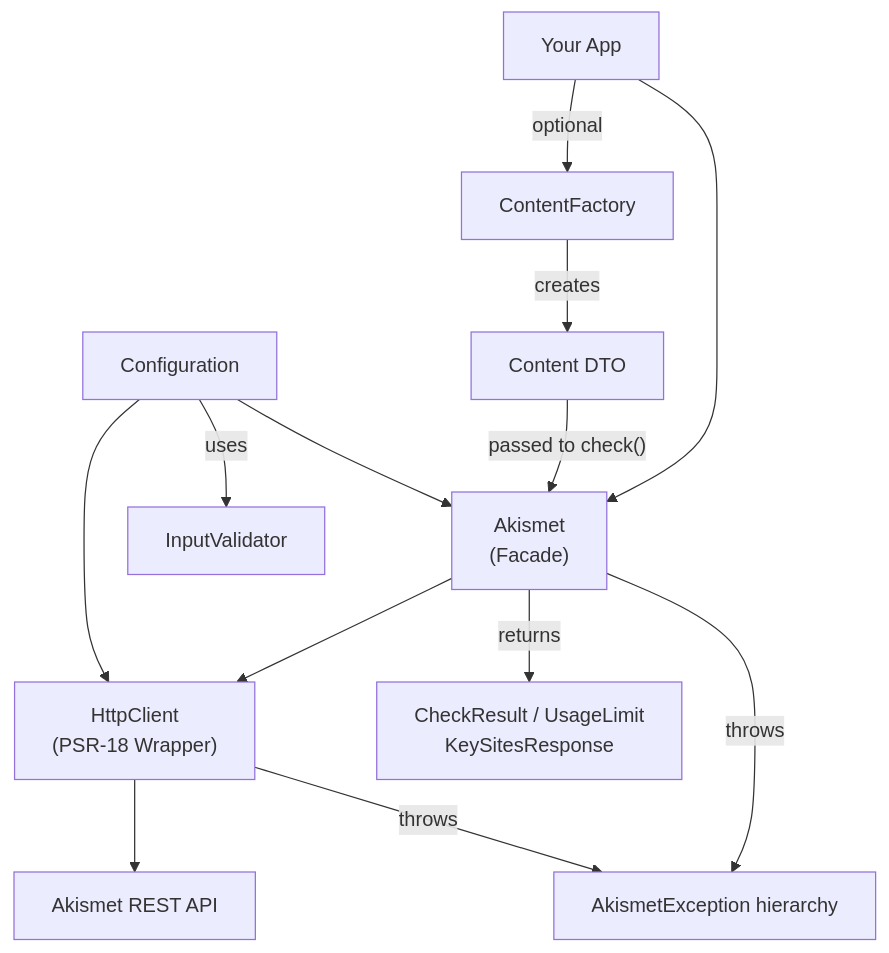
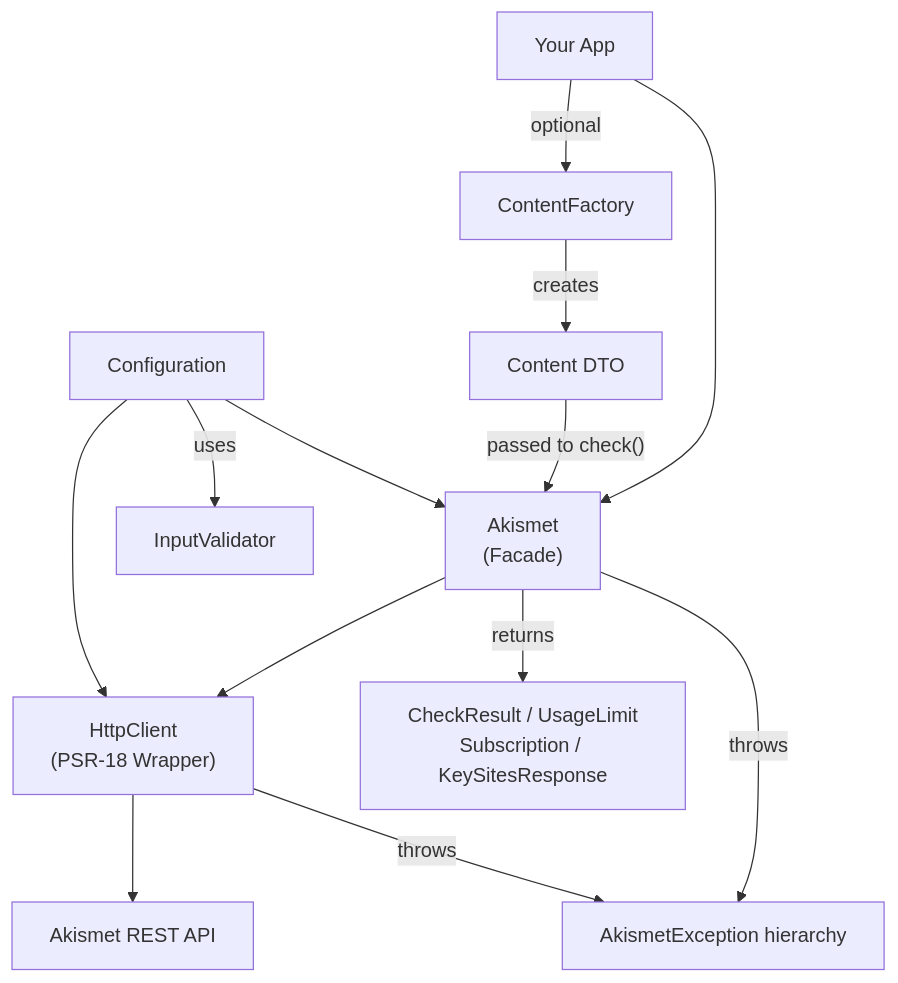
Before and after one commit to Automattic/akismet-sdk-php: the diagram in CONTRIBUTING.md, drawn with Mermaid. The commit also changed 2 other files, not shown here.

Commit message:
Update docs and examples for getSubscription endpoint

````diff
--- a/CONTRIBUTING.md
+++ b/CONTRIBUTING.md
@@ -66,18 +66,18 @@
 ```mermaid
 flowchart TD
     A[Your App] --> B["Akismet<br/>(Facade)"]
     B --> C["HttpClient<br/>(PSR-18 Wrapper)"]
     C --> D[Akismet REST API]
 
     A -->|optional| E[ContentFactory]
     E -->|creates| F[Content DTO]
     F -->|"passed to check()"| B
-    B -->|returns| G["CheckResult / UsageLimit<br/>KeySitesResponse"]
+    B -->|returns| G["CheckResult / UsageLimit<br/>Subscription / KeySitesResponse"]
 
     H[Configuration] --> B
     H --> C
     H -->|uses| I[InputValidator]
 
     B -->|throws| J[AkismetException hierarchy]
     C -->|throws| J
 ```
````
